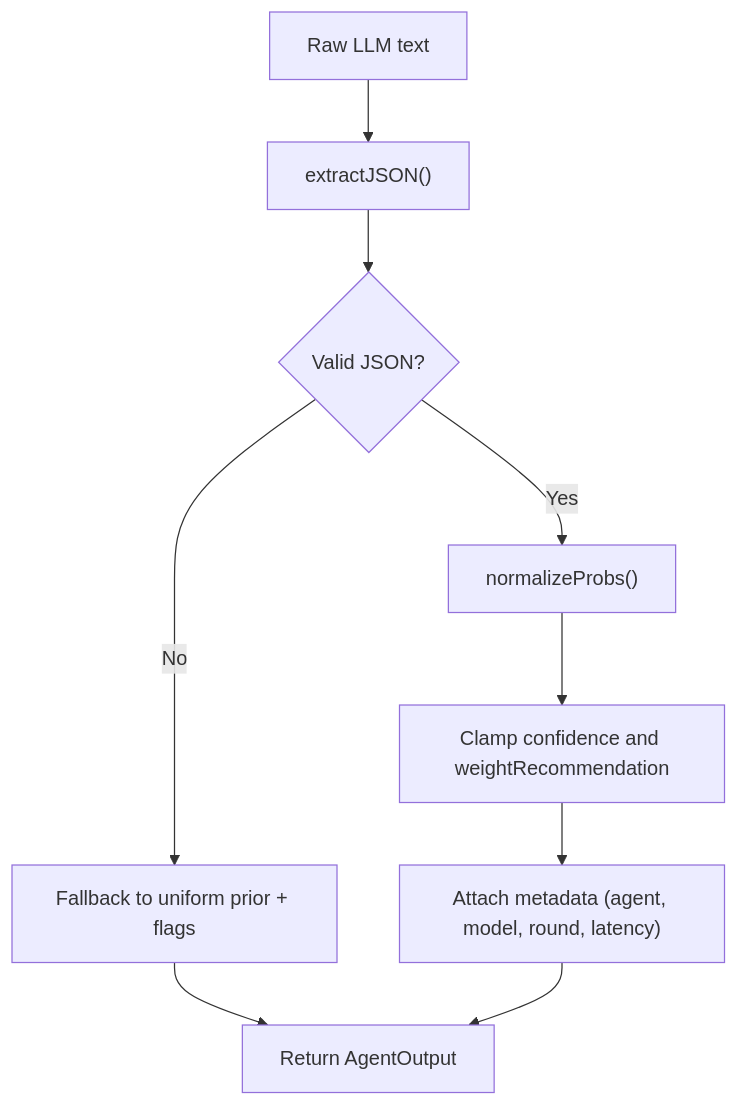
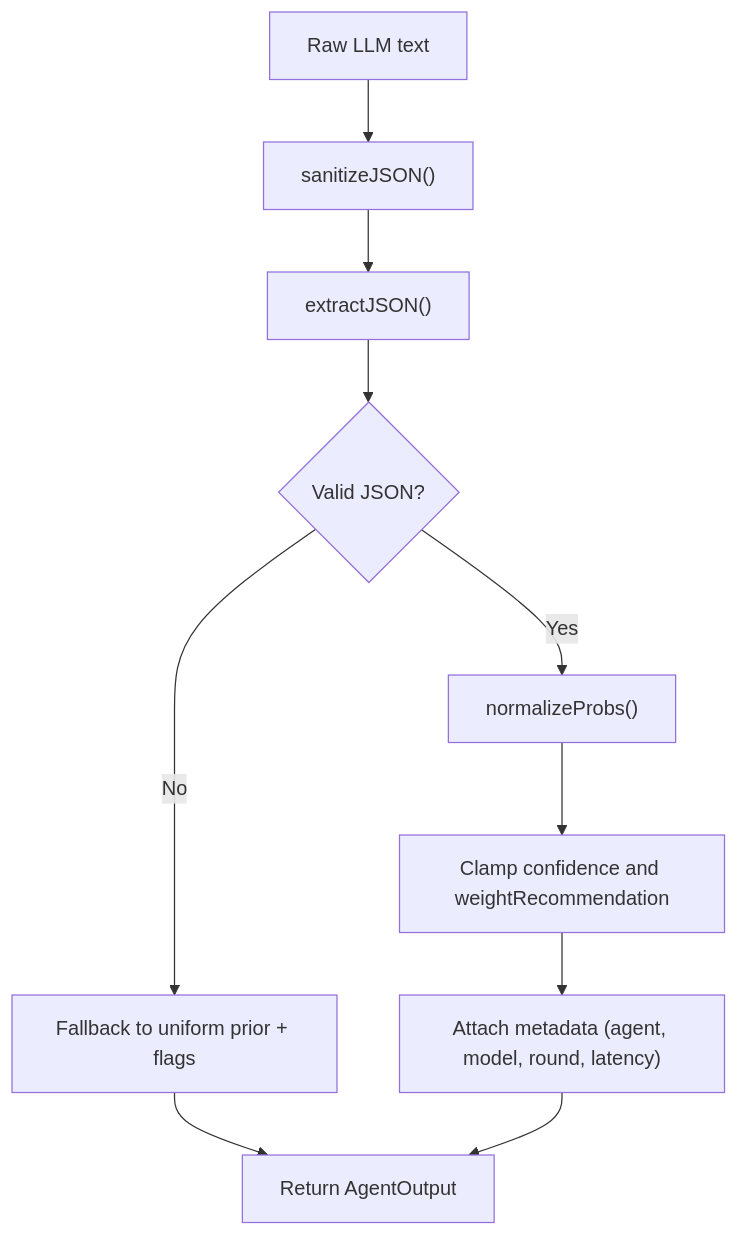
One commit to cheesiong/WC26-qwen changed the fifth of 10 diagrams in .qoder/repowiki/en/content/Multi-Agent AI System/Agent Framework Design.md. Above: the diagram before and after it, drawn with Mermaid. The commit also changed other lines of this file and 49 other files, not shown here.

````diff
--- a/.qoder/repowiki/en/content/Multi-Agent AI System/Agent Framework Design.md
+++ b/.qoder/repowiki/en/content/Multi-Agent AI System/Agent Framework Design.md
@@ -214,11 +230,12 @@
 ```mermaid
 flowchart TD
-A["Raw LLM text"] --> B["extractJSON()"]
-B --> C{"Valid JSON?"}
-C --> |No| D["Fallback to uniform prior + flags"]
-C --> |Yes| E["normalizeProbs()"]
-E --> F["Clamp confidence and weightRecommendation"]
-F --> G["Attach metadata (agent, model, round, latency)"]
-D --> H["Return AgentOutput"]
-G --> H
+A["Raw LLM text"] --> B["sanitizeJSON()"]
+B --> C["extractJSON()"]
+C --> D{"Valid JSON?"}
+D --> |No| E["Fallback to uniform prior + flags"]
+D --> |Yes| F["normalizeProbs()"]
+F --> G["Clamp confidence and weightRecommendation"]
+G --> H["Attach metadata (agent, model, round, latency)"]
+E --> I["Return AgentOutput"]
+H --> I
 ```
````
